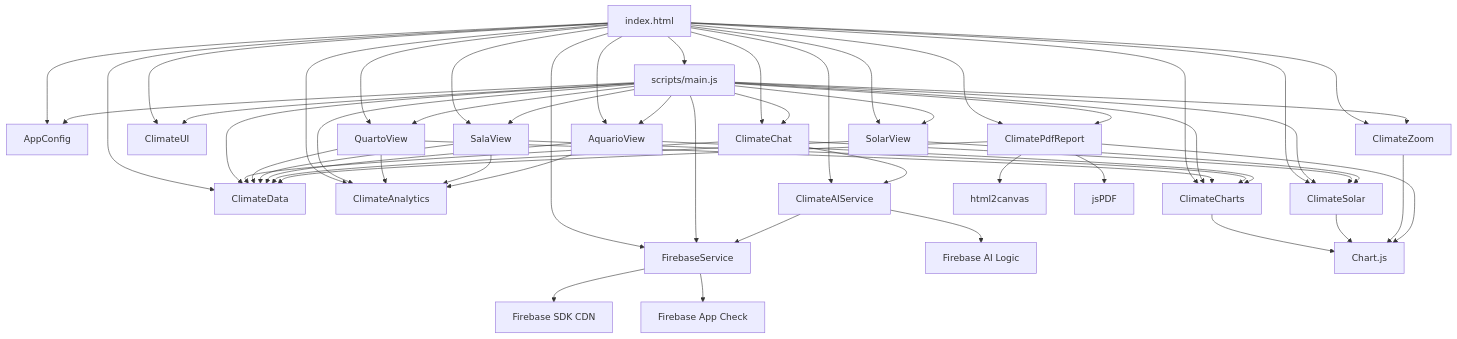
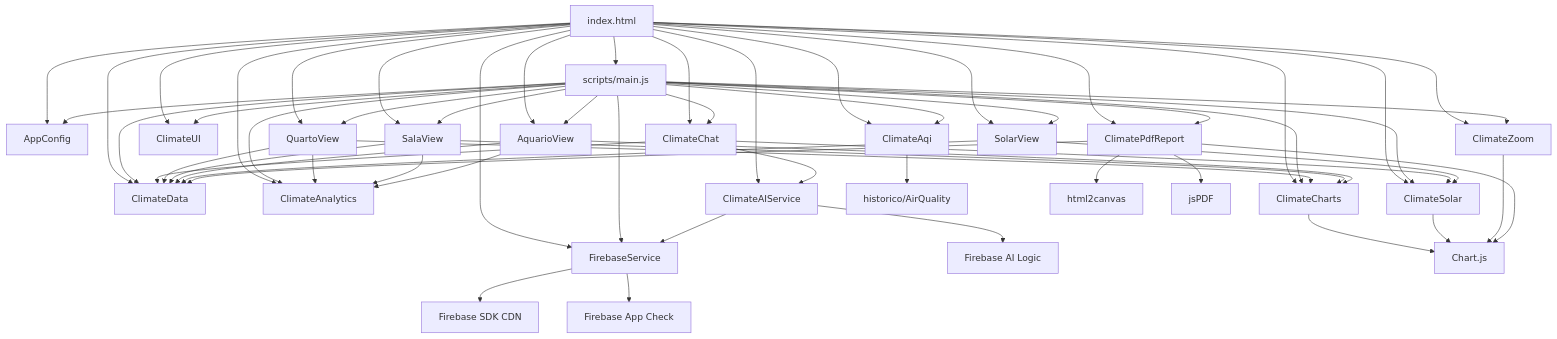
Before and after one commit to anvmano/anvmano.github.io: the first of 2 diagrams in docs/DEPENDENCY_MAP.md, drawn with Mermaid. The commit also changed other lines of this file and 19 other files, not shown here.

````diff
--- a/docs/DEPENDENCY_MAP.md
+++ b/docs/DEPENDENCY_MAP.md
@@ -5,60 +5,63 @@
 ```mermaid
 graph TD
     HTML[index.html] --> Config[AppConfig]
     HTML --> Data[ClimateData]
     HTML --> Analytics[ClimateAnalytics]
     HTML --> Solar[ClimateSolar]
     HTML --> Charts[ClimateCharts]
+    HTML --> Aqi[ClimateAqi]
     HTML --> Firebase[FirebaseService]
     HTML --> AI[ClimateAIService]
     HTML --> Chat[ClimateChat]
     HTML --> UI[ClimateUI]
     HTML --> Zoom[ClimateZoom]
     HTML --> Pdf[ClimatePdfReport]
     HTML --> Quarto[QuartoView]
     HTML --> Aquario[AquarioView]
     HTML --> Sala[SalaView]
     HTML --> SolarView[SolarView]
     HTML --> Main[scripts/main.js]
 
     Main --> Config
     Main --> Data
     Main --> Analytics
     Main --> Solar
     Main --> Charts
+    Main --> Aqi
     Main --> Firebase
     Main --> Chat
     Main --> UI
     Main --> Zoom
     Main --> Pdf
     Main --> Quarto
     Main --> Aquario
     Main --> Sala
     Main --> SolarView
 
     Firebase --> FirebaseSDK[Firebase SDK CDN]
     Firebase --> AppCheck[Firebase App Check]
     AI --> Firebase
     AI --> FirebaseAI[Firebase AI Logic]
     Chat --> AI
     Chat --> Data
     Chat --> Solar
     Quarto --> Data
     Quarto --> Analytics
     Quarto --> Charts
     Sala --> Data
     Sala --> Analytics
     Sala --> Charts
     Aquario --> Data
     Aquario --> Analytics
     Aquario --> Charts
     SolarView --> Data
     SolarView --> Solar
     Charts --> ChartJS[Chart.js]
+    Aqi --> LivingRoomData[historico/AirQuality]
     Solar --> ChartJS
     Zoom --> ChartJS
     Pdf --> Html2Canvas[html2canvas]
     Pdf --> JsPDF[jsPDF]
     Pdf --> Data
     Pdf --> ChartJS
 ```
````
